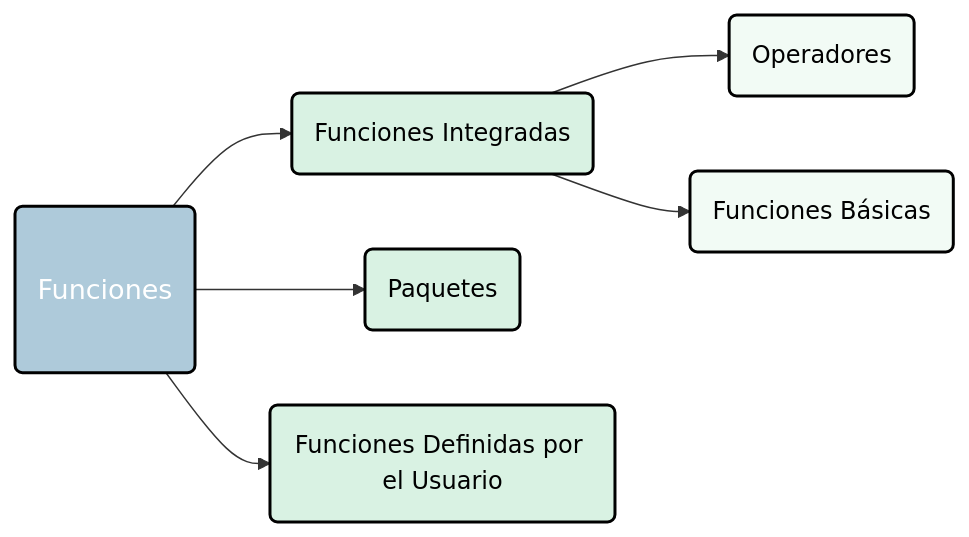
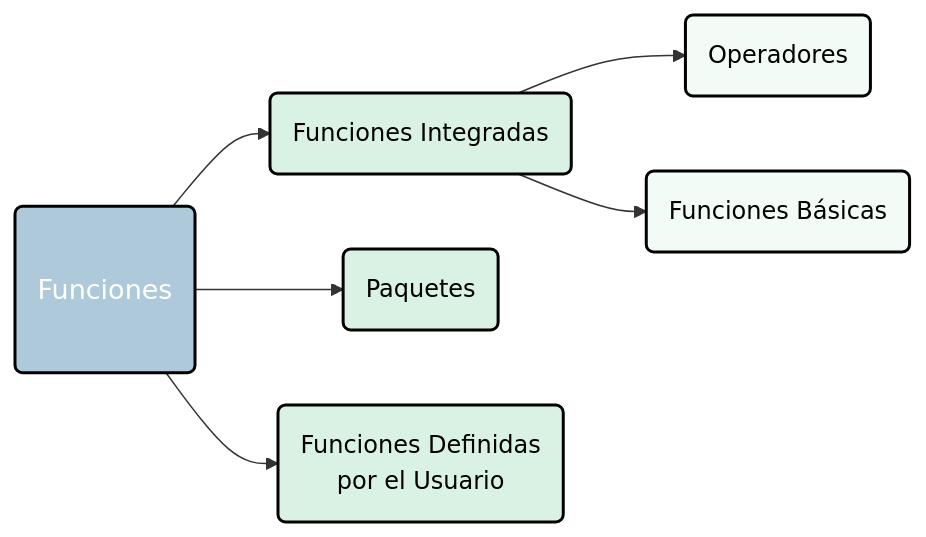
The third of 3 diagrams in fundamentos_de_r.qmd (maRce10/aprendizaje_estadistico_2026), drawn with Mermaid before and after one commit. The commit also changed other lines of this file and 204 other files, not shown here.

Commit message:
fix diagram intro r

````diff
--- a/fundamentos_de_r.qmd
+++ b/fundamentos_de_r.qmd
@@ -437,22 +437,22 @@
 ```{mermaid}
 
 flowchart LR
     classDef largeText font-size:18px, padding:15px;
 
     F(Funciones) --> BF(Funciones Integradas)
     BF --> OP(Operadores)
     BF --> BA(Funciones Básicas)
     F --> PF(Paquetes)
-    F --> UF(Funciones Definidas por el Usuario)
+    F --> UF("Funciones Definidas<br>por el Usuario")
 
     class R,D,D1,D2,F largeText;
 
     style F fill:#357BA266, stroke:#000, stroke-width:2px, color:#FFF, width:120px
     style BF fill:#A0DFB966, stroke:#000, stroke-width:2px, color:#000
     style BA fill:#DEF5E566, stroke:#000, stroke-width:2px, color:#000
     style OP fill:#DEF5E566, stroke:#000, stroke-width:2px, color:#000    
     style PF fill:#A0DFB966, stroke:#000, stroke-width:2px, color:#000000
     style UF fill:#A0DFB966, stroke:#000, stroke-width:2px, color:#000
 
 
 ```
````
